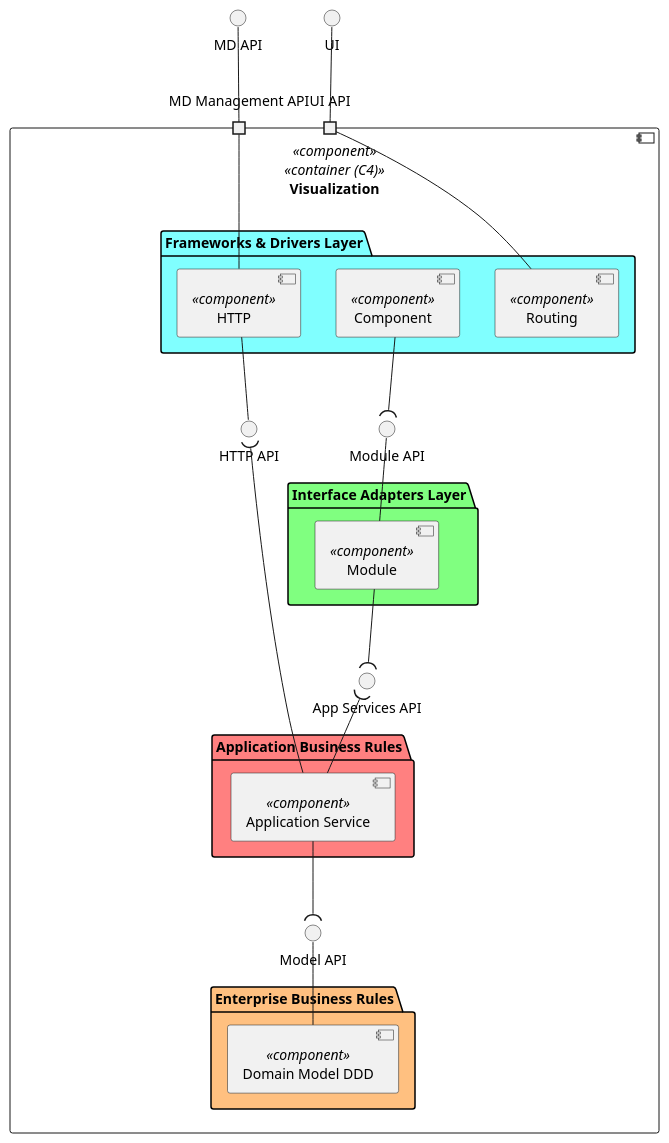
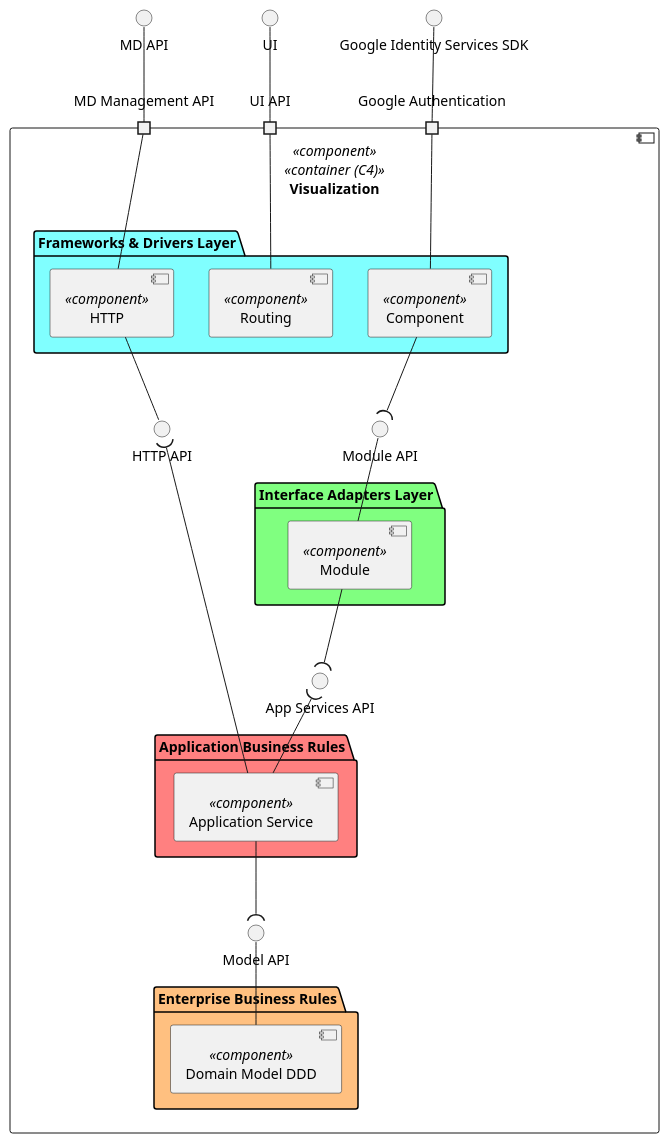
The diagram in _wiki/views/level-3/ui-logical-view/ui-logical-view.puml (miseEnPlace-dev/lapr5), drawn with PlantUML before and after one commit. The commit also changed 3 other files, not shown here.

```diff
--- a/_wiki/views/level-3/ui-logical-view/ui-logical-view.puml
+++ b/_wiki/views/level-3/ui-logical-view/ui-logical-view.puml
@@ -1,63 +1,67 @@
 @startuml logical-view
 
 top to bottom direction
 
 interface "MD API" as API
+interface "Google Identity Services SDK" as GS
 interface "UI" as UI
 
 component "Visualization" as VIS <<component>> <<container (C4)>> {
   portin "MD Management API" as P1
   portin "UI API" as P2
+  portin "Google Authentication" as P3
 
   Interface "Module API" as MODULE_API
 
 
   folder "Frameworks & Drivers Layer" #80FFFF {
     component "Routing" as ROUTE <<component>> {
     }
     component "Component" as COMPONENT <<component>> {
     }
     component "HTTP" as HTTP <<component>> {
     }
   }
 
   Interface "HTTP API" AS HTTP_API
 
   Interface "App Services API" AS SRV_API
   Interface "Model API" AS MODEL_API
 
   folder "Interface Adapters Layer" #80FF80 {
     component "Module" as MODULE <<component>> {
     }
   }
 
   folder "Application Business Rules" #FF8080 {
     component "Application Service" as SRV <<component>> {
     }
   }
 
   folder "Enterprise Business Rules" #FFC080 {
     component "Domain Model DDD" as MODEL <<component>> {
     }
   }
 }
 
 API -- P1
 ROUTE -- P2
 UI -- P2
+GS -- P3
 
 P1 --- HTTP
 COMPONENT --( MODULE_API
+COMPONENT -- P3
 
 HTTP_API )-- SRV
 HTTP_API -up- HTTP
 
 MODULE -up- MODULE_API
 
 MODULE --( SRV_API
 SRV -up-( SRV_API
 
 SRV --( MODEL_API 
 MODEL -up- MODEL_API 
 
 @enduml
```
